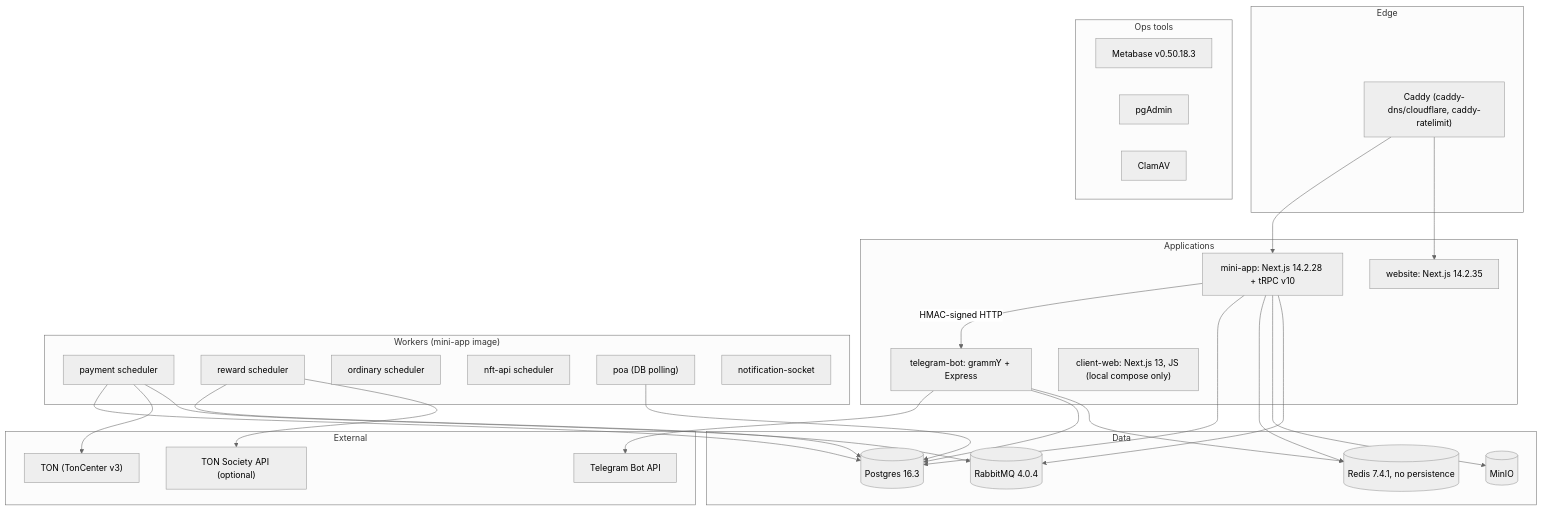
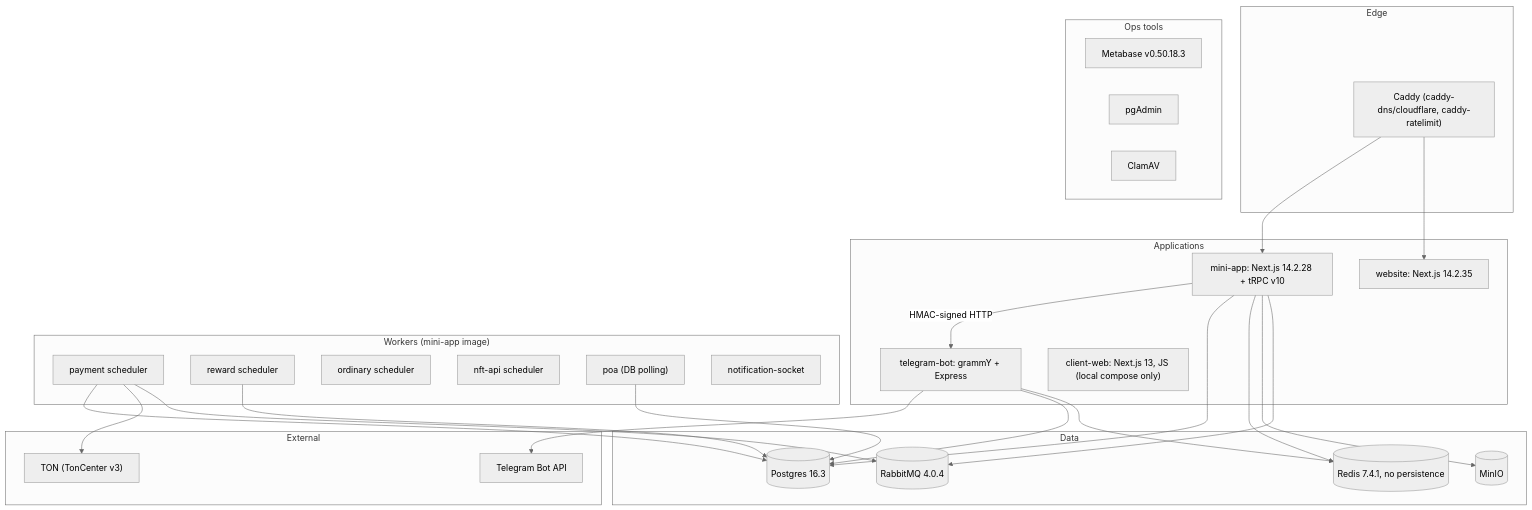
Before and after one commit to ExecutESG/onton: the first of 4 diagrams in knowledge_base/architecture_blueprint.md, drawn with Mermaid (neutral theme). The commit also changed 63 other files, not shown here.

Commit message:
refactor: remove TON Society integration and keep legacy read data (#1035)

````diff
--- a/knowledge_base/architecture_blueprint.md
+++ b/knowledge_base/architecture_blueprint.md
@@ -21,58 +21,56 @@
 ```mermaid
 graph TB
     subgraph External["External"]
         TG["Telegram Bot API"]
         TON["TON (TonCenter v3)"]
-        TS["TON Society API (optional)"]
     end
 
     subgraph Edge["Edge"]
         Caddy["Caddy (caddy-dns/cloudflare, caddy-ratelimit)"]
     end
 
     subgraph Apps["Applications"]
         MiniApp["mini-app: Next.js 14.2.28 + tRPC v10"]
         TelegramBot["telegram-bot: grammY + Express"]
         Website["website: Next.js 14.2.35"]
         ClientWeb["client-web: Next.js 13, JS (local compose only)"]
     end
 
     subgraph Workers["Workers (mini-app image)"]
         PaymentWorker["payment scheduler"]
         RewardWorker["reward scheduler"]
         OrdinaryWorker["ordinary scheduler"]
         NFTAPIWorker["nft-api scheduler"]
         POAWorker["poa (DB polling)"]
         SocketServer["notification-socket"]
     end
 
     subgraph Data["Data"]
         PG[("Postgres 16.3")]
         Redis[("Redis 7.4.1, no persistence")]
         MinIO[("MinIO")]
         RabbitMQ[("RabbitMQ 4.0.4")]
     end
 
     subgraph Ops["Ops tools"]
         Metabase["Metabase v0.50.18.3"]
         PGAdmin["pgAdmin"]
         ClamAV["ClamAV"]
     end
 
     Caddy --> MiniApp
     Caddy --> Website
     MiniApp -->|"HMAC-signed HTTP"| TelegramBot
     TelegramBot --> TG
     MiniApp --> PG
     MiniApp --> Redis
     MiniApp --> MinIO
     MiniApp --> RabbitMQ
     PaymentWorker --> PG
     PaymentWorker --> TON
     PaymentWorker --> RabbitMQ
     RewardWorker --> PG
-    RewardWorker --> TS
     POAWorker --> PG
     TelegramBot --> PG
     TelegramBot --> Redis
 ```
````
